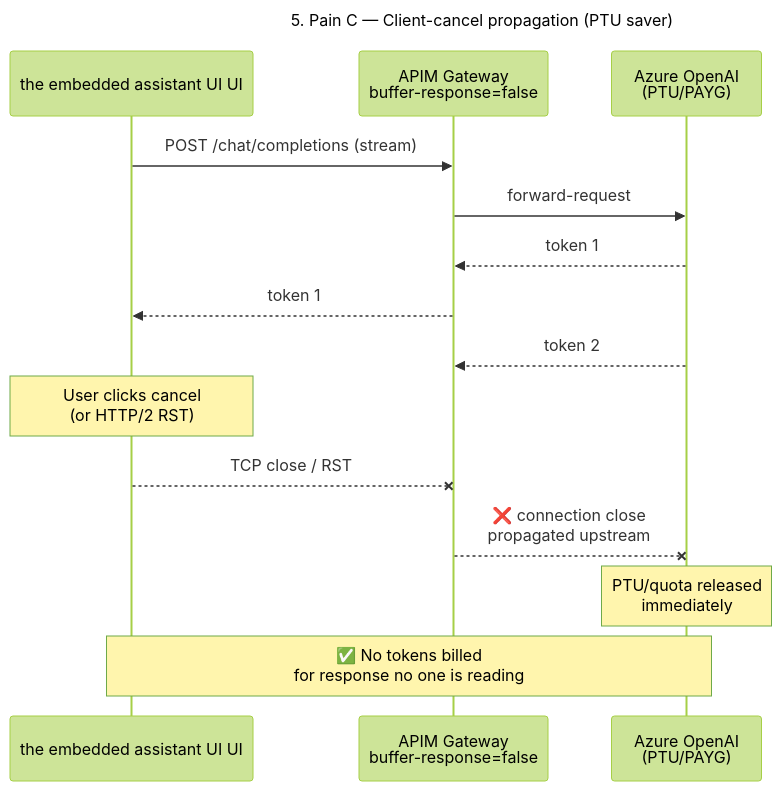
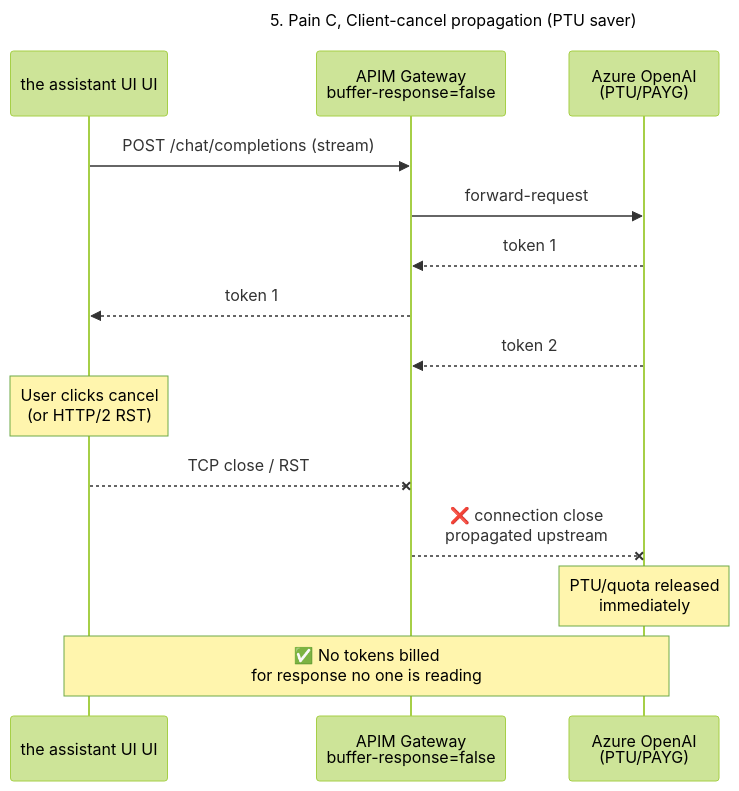
Before and after one commit to renepajta/apim-ai-gateway-lab: the diagram in notebooks/diagrams/05-cancel.mmd, drawn with Mermaid (forest theme). The commit also changed 53 other files, not shown here.

```diff
--- a/notebooks/diagrams/05-cancel.mmd
+++ b/notebooks/diagrams/05-cancel.mmd
@@ -1,18 +1,18 @@
 ---
-title: 5. Pain C — Client-cancel propagation (PTU saver)
+title: 5. Pain C, Client-cancel propagation (PTU saver)
 ---
 sequenceDiagram
-    participant C as the embedded assistant UI UI
+    participant C as the assistant UI UI
     participant G as APIM Gateway<br/>buffer-response=false
     participant B as Azure OpenAI<br/>(PTU/PAYG)
 
     C->>G: POST /chat/completions (stream)
     G->>B: forward-request
     B-->>G: token 1
     G-->>C: token 1
     B-->>G: token 2
     Note over C: User clicks cancel<br/>(or HTTP/2 RST)
     C--xG: TCP close / RST
     G--xB: ❌ connection close<br/>propagated upstream
     Note over B: PTU/quota released<br/>immediately
     Note over C,B: ✅ No tokens billed<br/>for response no one is reading
```
